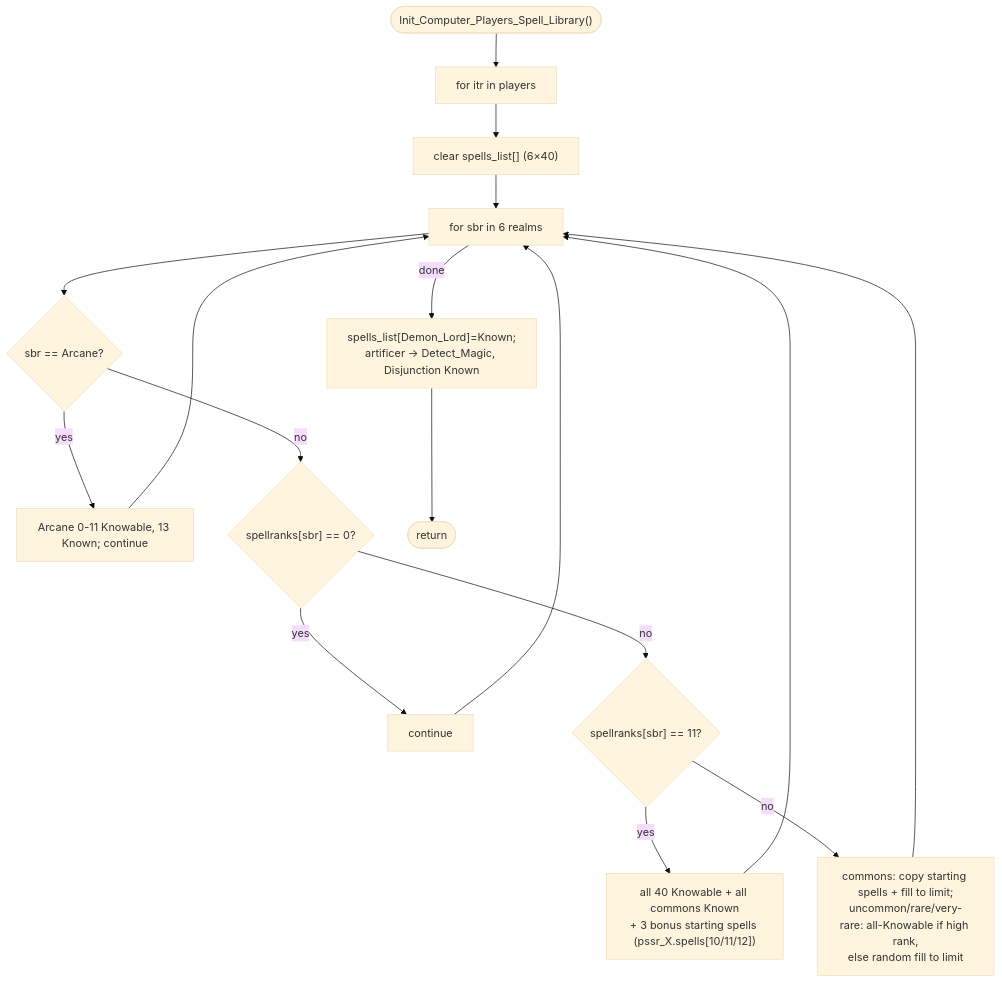
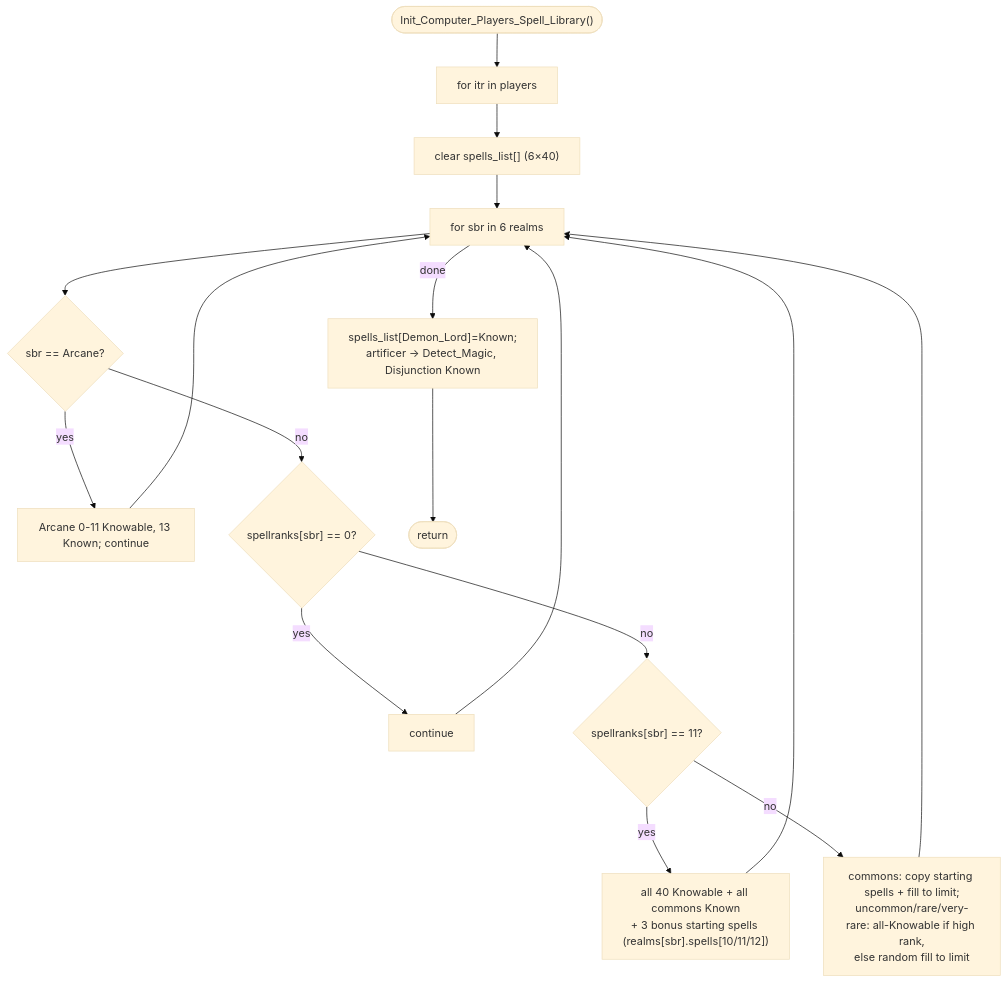
The diagram in doc/NewGame/INITGAME-Init_Computer_Players_Spell_Library.md (jbalcomb/ReMoM), drawn with Mermaid (base theme) before and after one commit. The commit also changed other lines of this file and 3 other files, not shown here.

````diff
--- a/doc/NewGame/INITGAME-Init_Computer_Players_Spell_Library.md
+++ b/doc/NewGame/INITGAME-Init_Computer_Players_Spell_Library.md
@@ -51,25 +50,25 @@
 ```mermaid
 flowchart TD
     Entry(["Init_Computer_Players_Spell_Library()"])
     PlayerLoop["for itr in players"]
     Clear["clear spells_list[] (6×40)"]
     RealmLoop["for sbr in 6 realms"]
     Arcane{"sbr == Arcane?"}
     ArcBlock["Arcane 0-11 Knowable, 13 Known; continue"]
     Zero{"spellranks[sbr] == 0?"}
     Skip["continue"]
     Max{"spellranks[sbr] == 11?"}
-    MaxBlock["all 40 Knowable + all commons Known<br/>+ 3 bonus starting spells (pssr_X.spells[10/11/12])"]
+    MaxBlock["all 40 Knowable + all commons Known<br/>+ 3 bonus starting spells (realms[sbr].spells[10/11/12])"]
     Normal["commons: copy starting spells + fill to limit;<br/>uncommon/rare/very-rare: all-Knowable if high rank,<br/>else random fill to limit"]
     Fixed["spells_list[Demon_Lord]=Known;<br/>artificer -> Detect_Magic, Disjunction Known"]
     Done(["return"])
 
     Entry --> PlayerLoop --> Clear --> RealmLoop --> Arcane
     Arcane -->|yes| ArcBlock --> RealmLoop
     Arcane -->|no| Zero
     Zero -->|yes| Skip --> RealmLoop
     Zero -->|no| Max
     Max -->|yes| MaxBlock --> RealmLoop
     Max -->|no| Normal --> RealmLoop
     RealmLoop -->|done| Fixed --> Done
 ```
````
